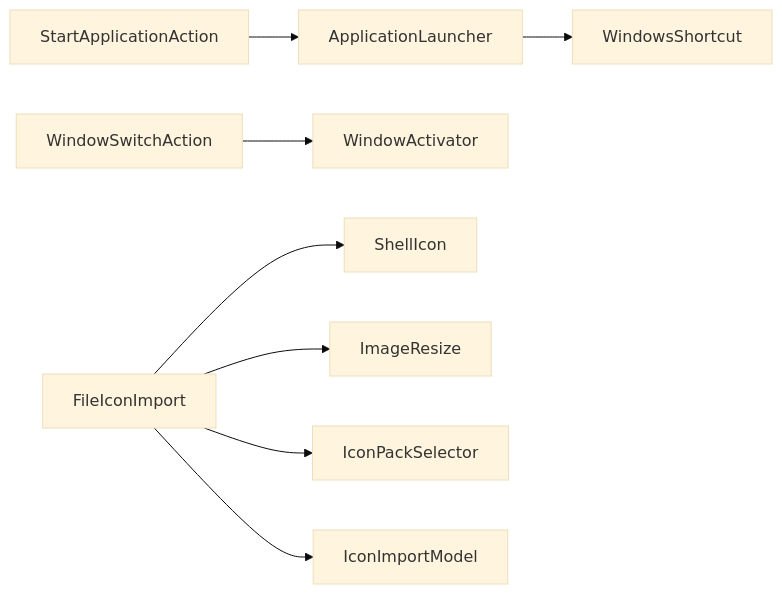
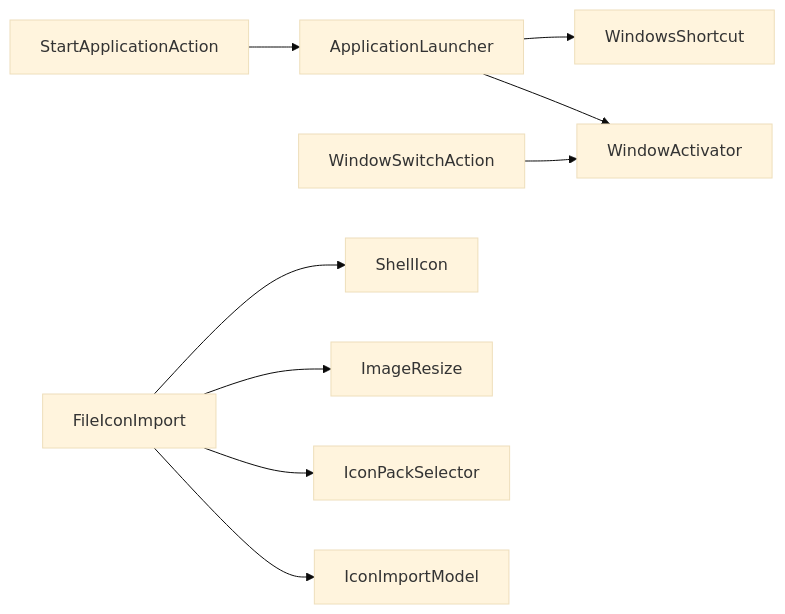
Before and after one commit to tea4go/Macro-Deck-Windows-Utils-Plugin: the sixth of 6 diagrams in .qoder/repowiki/zh/content/开发者指南/工具函数库/工具函数库.md, drawn with Mermaid (base theme). The commit also changed other lines of this file and 38 other files, not shown here.

````diff
--- a/.qoder/repowiki/zh/content/开发者指南/工具函数库/工具函数库.md
+++ b/.qoder/repowiki/zh/content/开发者指南/工具函数库/工具函数库.md
@@ -314,10 +337,11 @@
 ```mermaid
 graph LR
 SA["StartApplicationAction"] --> AL["ApplicationLauncher"]
 WSA["WindowSwitchAction"] --> WA["WindowActivator"]
 FI["FileIconImport"] --> SI["ShellIcon"]
 FI --> IR["ImageResize"]
 AL --> WS["WindowsShortcut"]
+AL --> WA
 FI --> IPS["IconPackSelector"]
 FI --> IM["IconImportModel"]
 ```
````
